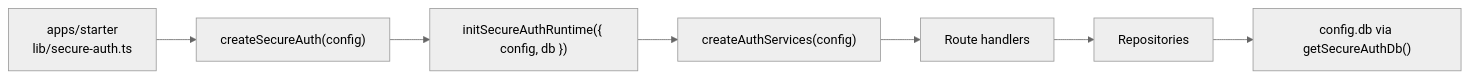
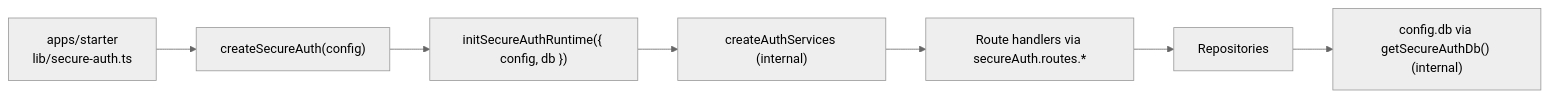
The diagram in docs/architecture.md (tgoliveira11/next-secure-auth-starter), drawn with Mermaid (neutral theme) before and after one commit. The commit also changed other lines of this file and 27 other files, not shown here.

````diff
--- a/docs/architecture.md
+++ b/docs/architecture.md
@@ -33,9 +51,9 @@
 ```mermaid
 flowchart LR
   App["apps/starter\nlib/secure-auth.ts"] --> Factory["createSecureAuth(config)"]
   Factory --> Runtime["initSecureAuthRuntime({ config, db })"]
-  Runtime --> Services["createAuthServices(config)"]
-  Services --> Handlers["Route handlers"]
+  Runtime --> Services["createAuthServices (internal)"]
+  Services --> Handlers["Route handlers via secureAuth.routes.*"]
   Handlers --> Repos["Repositories"]
-  Repos --> DB["config.db via getSecureAuthDb()"]
+  Repos --> DB["config.db via getSecureAuthDb() (internal)"]
 ```
````
